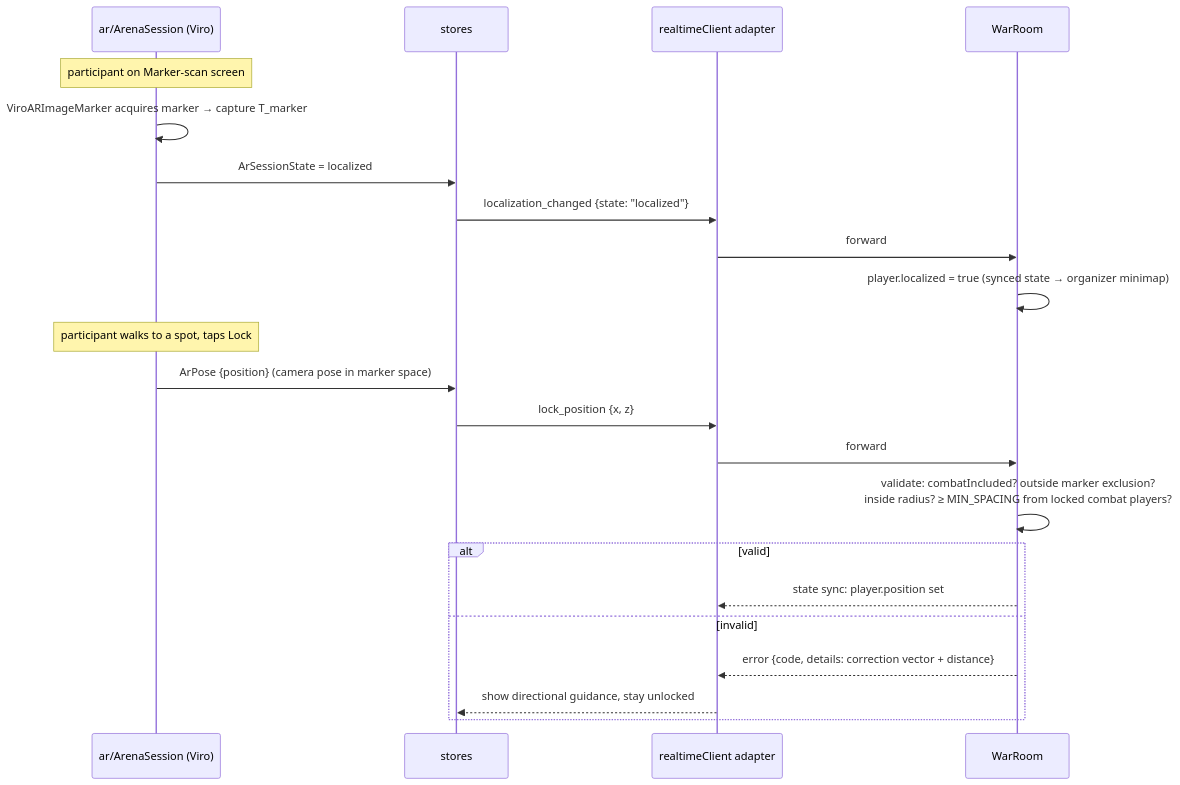
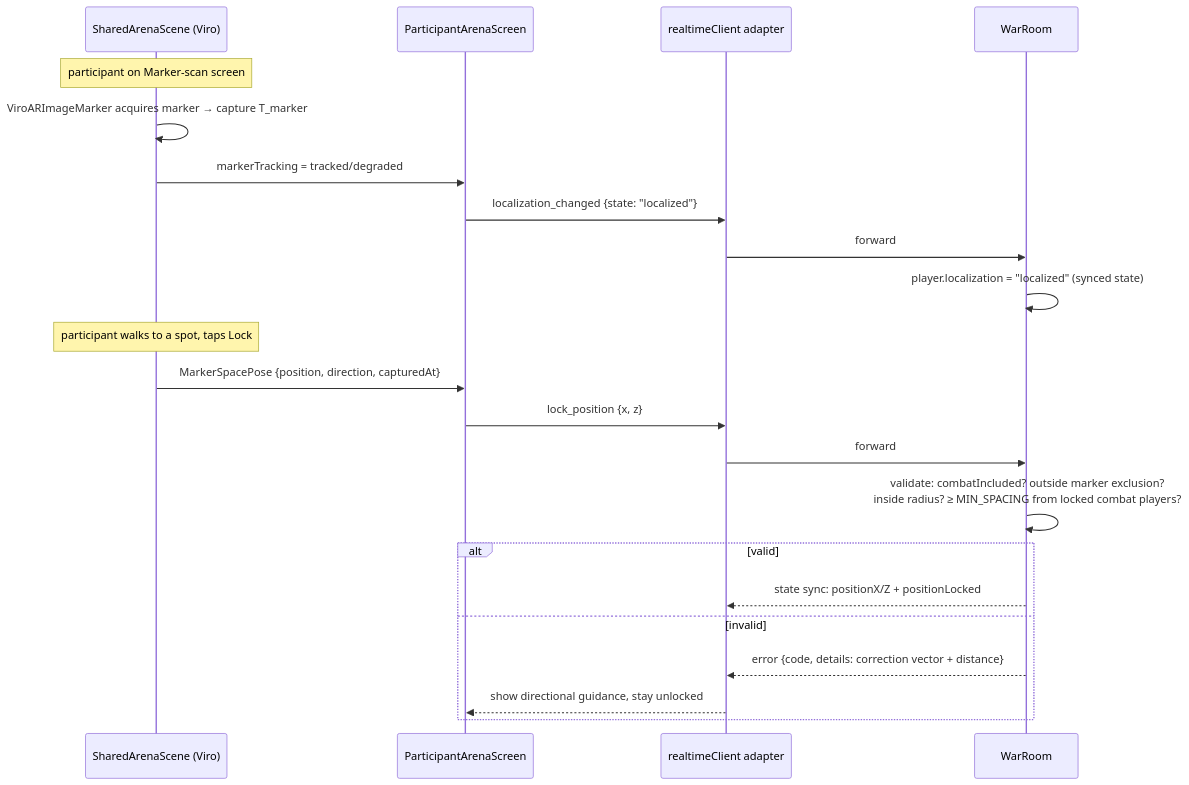
The fourth of 9 diagrams in ARCHITECTURE.md (Vaibtan/CodexWars), drawn with Mermaid before and after one commit. The commit also changed other lines of this file and 14 other files, not shown here.

````diff
--- a/ARCHITECTURE.md
+++ b/ARCHITECTURE.md
@@ -130,25 +131,25 @@
 ```mermaid
 sequenceDiagram
-    participant V as ar/ArenaSession (Viro)
-    participant S as stores
+    participant V as SharedArenaScene (Viro)
+    participant S as ParticipantArenaScreen
     participant N as realtimeClient adapter
     participant SRV as WarRoom
 
     Note over V: participant on Marker-scan screen
     V->>V: ViroARImageMarker acquires marker → capture T_marker
-    V->>S: ArSessionState = localized
+    V->>S: markerTracking = tracked/degraded
     S->>N: localization_changed {state: "localized"}
     N->>SRV: forward
-    SRV->>SRV: player.localized = true (synced state → organizer minimap)
+    SRV->>SRV: player.localization = "localized" (synced state)
     Note over V: participant walks to a spot, taps Lock
-    V->>S: ArPose {position} (camera pose in marker space)
+    V->>S: MarkerSpacePose {position, direction, capturedAt}
     S->>N: lock_position {x, z}
     N->>SRV: forward
     SRV->>SRV: validate: combatIncluded? outside marker exclusion?<br/>inside radius? ≥ MIN_SPACING from locked combat players?
     alt valid
-        SRV-->>N: state sync: player.position set
+        SRV-->>N: state sync: positionX/Z + positionLocked
     else invalid
         SRV-->>N: error {code, details: correction vector + distance}
         N-->>S: show directional guidance, stay unlocked
     end
 ```
````
